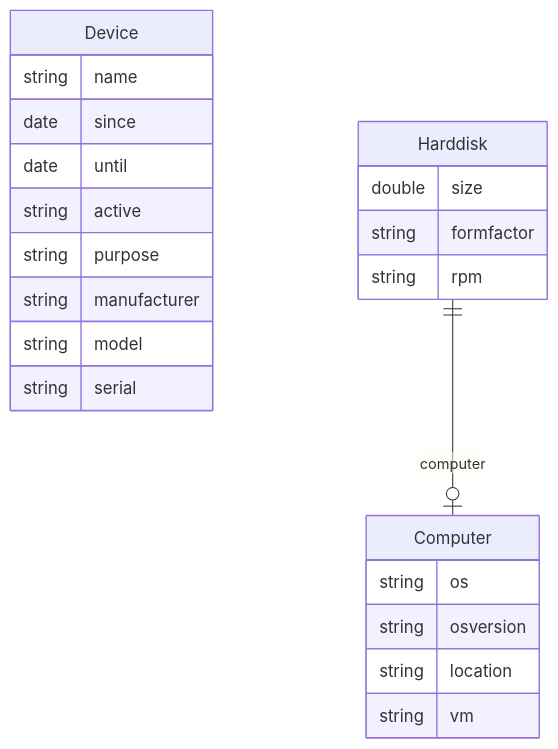
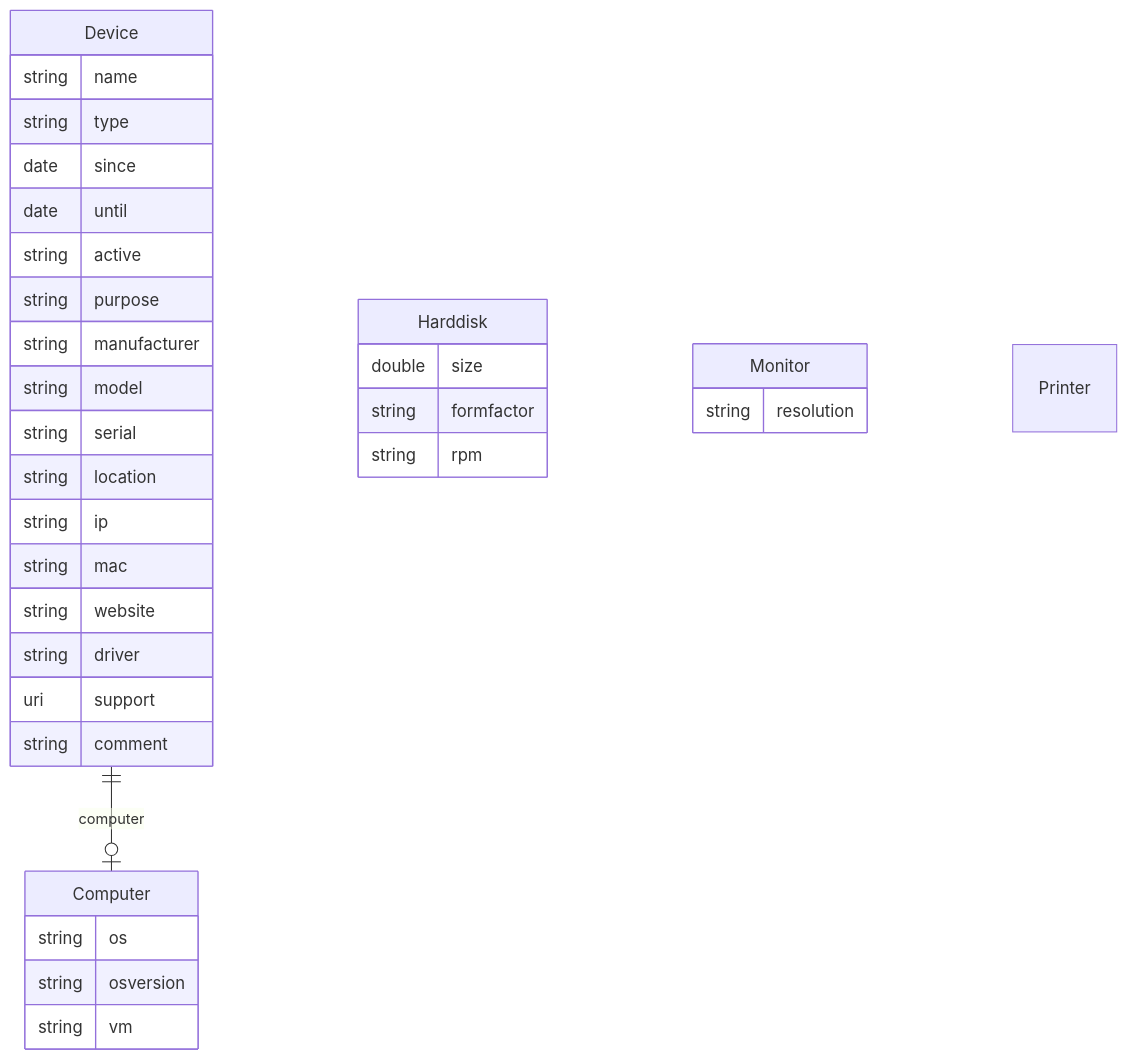
The diagram in examples/infrastructure/infrastructure.mermaid (WolfgangFahl/pyMetaModel), drawn with Mermaid before and after one commit. The commit also changed 20 other files, not shown here.

````diff
--- a/examples/infrastructure/infrastructure.mermaid
+++ b/examples/infrastructure/infrastructure.mermaid
@@ -1,27 +1,40 @@
 ```mermaid
 erDiagram
 Device {
     string name  
+    string type  
     date since  
     date until  
     string active  
     string purpose  
     string manufacturer  
     string model  
     string serial  
+    string location  
+    string ip  
+    string mac  
+    string website  
+    string driver  
+    uri support  
+    string comment  
 }
 Computer {
     string os  
     string osversion  
-    string location  
     string vm  
 }
 Harddisk {
     double size  
     string formfactor  
     string rpm  
 }
+Monitor {
+    string resolution  
+}
+Printer {
 
-Harddisk ||--|o Computer : "computer"
+}
+
+Device ||--|o Computer : "computer"
 
 ```
````
